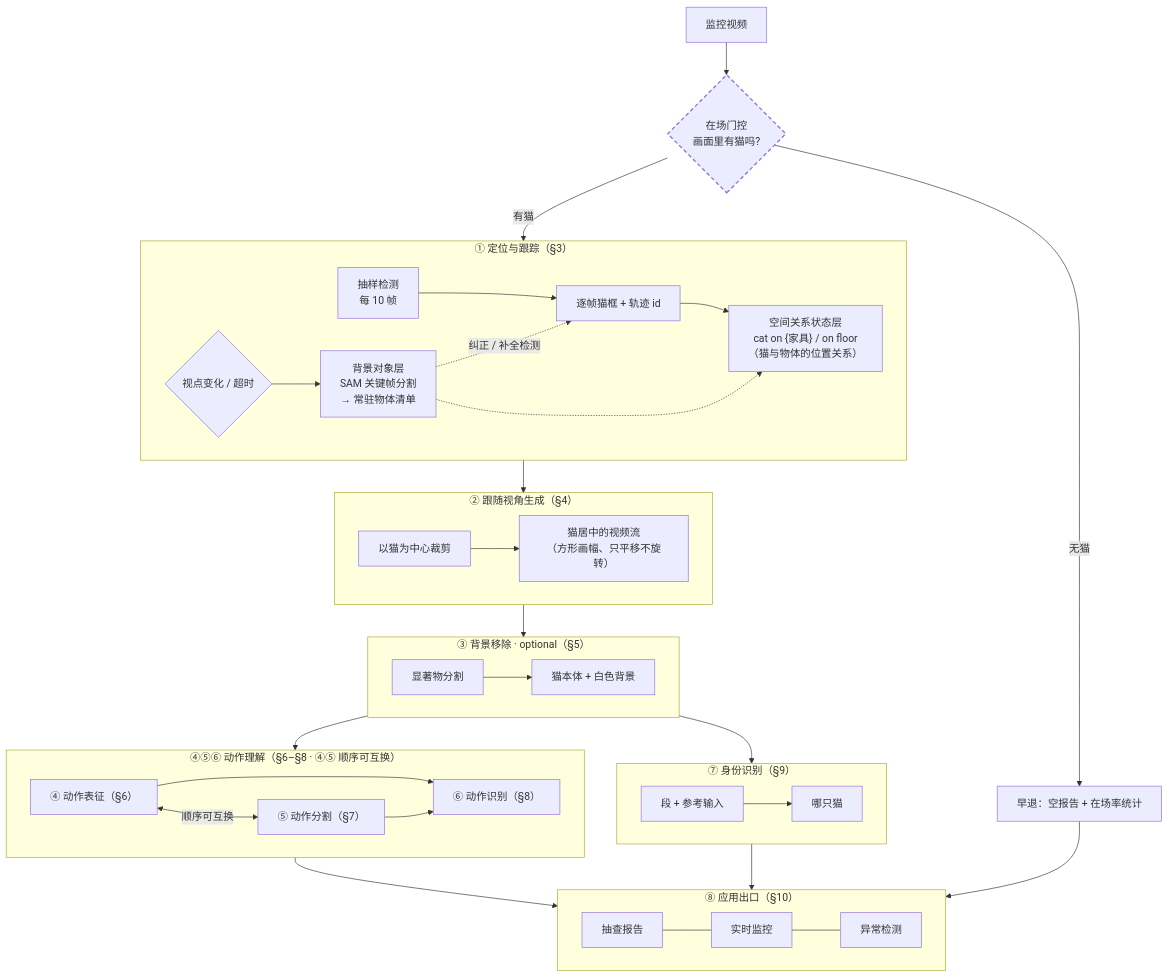
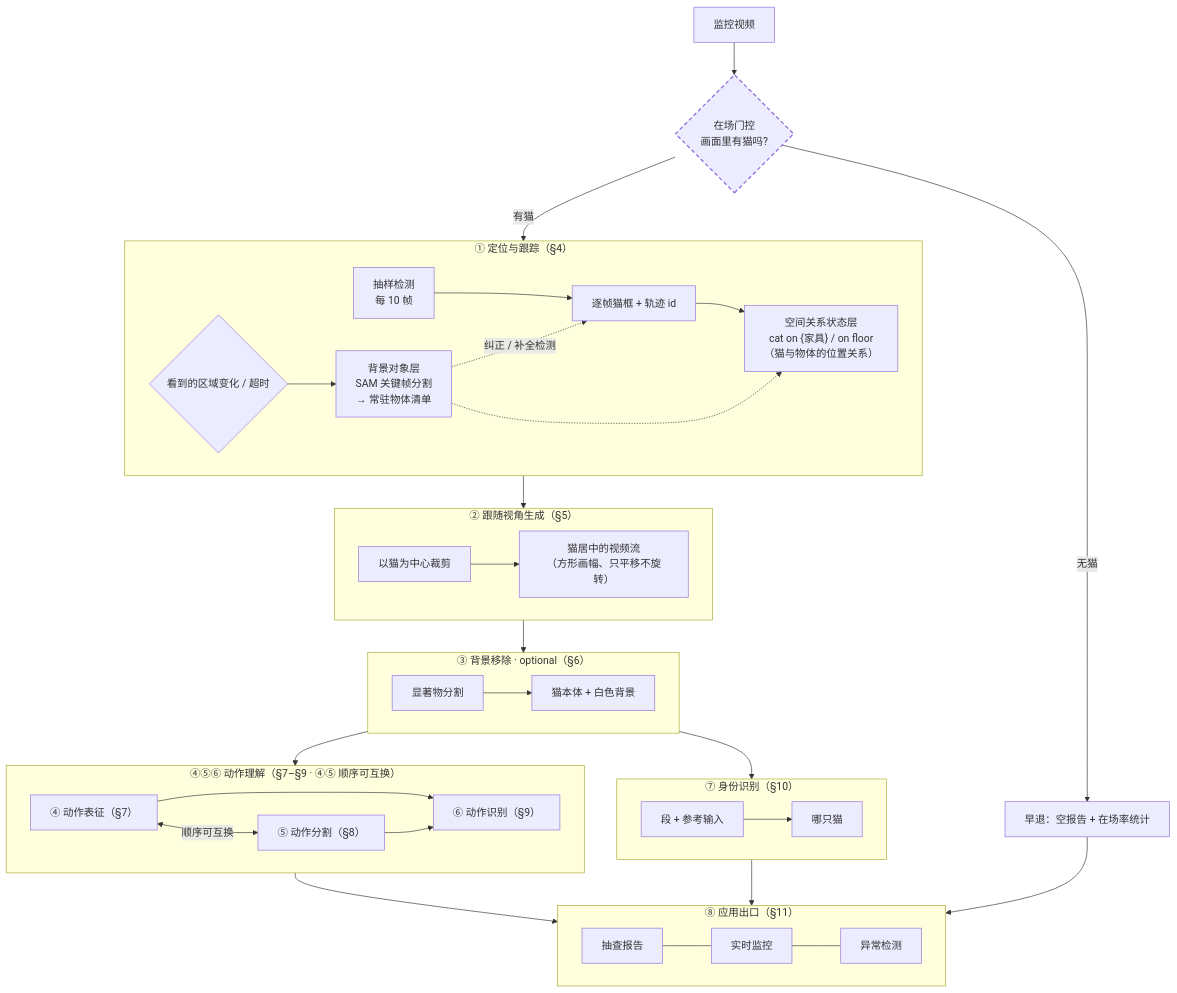
One commit to gongshangzheng/pet-action-recognition changed the first of 6 diagrams in management/docs/architecture.md. Above: the diagram before and after it, drawn with Mermaid. The commit also changed other lines of this file and 4 other files, not shown here.

Commit message:
docs(architecture): 新增 §3「系统级形态：实时性与流式」（唯一流式组件=⑤分割；两条路径：先流式分割→整段表征识别 / 先表征→λ序列找边界类比语音分段符；实时量化指标表）；原 §3–§10 顺移 §4–§11 全文重映射；§2 重组为目标与形态级（🔴：能力级别 A0-A5 目标 + 实时量化 + 相机视野）；模型级 12 条移交 8 号表（🔴3+🟡9）；背景对象层重分割降 🟡；空白时段三分法定案

````diff
--- a/management/docs/architecture.md
+++ b/management/docs/architecture.md
@@ -26,52 +26,52 @@
 ```mermaid
 flowchart TD
     V[监控视频] --> GATE{"在场门控<br/>画面里有猫吗?"}
     GATE -->|"无猫"| EMPTY["早退：空报告 + 在场率统计"]
     GATE -->|"有猫"| S1
 
-    subgraph S1["① 定位与跟踪（§3）"]
+    subgraph S1["① 定位与跟踪（§4）"]
         direction LR
         A1["抽样检测<br/>每 10 帧"] --> A2["逐帧猫框 + 轨迹 id"]
-        T1{"视点变化 / 超时"} --> A3["背景对象层<br/>SAM 关键帧分割<br/>→ 常驻物体清单"]
+        T1{"看到的区域变化 / 超时"} --> A3["背景对象层<br/>SAM 关键帧分割<br/>→ 常驻物体清单"]
         A3 -.->|"纠正 / 补全检测"| A2
         A2 --> A5["空间关系状态层<br/>cat on {家具} / on floor<br/>（猫与物体的位置关系）"]
         A3 -.-> A5
     end
 
-    subgraph S2["② 跟随视角生成（§4）"]
+    subgraph S2["② 跟随视角生成（§5）"]
         direction LR
         B1["以猫为中心裁剪"] --> B2["猫居中的视频流<br/>（方形画幅、只平移不旋转）"]
     end
 
-    subgraph S3["③ 背景移除 · optional（§5）"]
+    subgraph S3["③ 背景移除 · optional（§6）"]
         direction LR
         C1["显著物分割"] --> C2["猫本体 + 白色背景"]
     end
 
-    subgraph S46["④⑤⑥ 动作理解（§6–§8 · ④⑤ 顺序可互换）"]
+    subgraph S46["④⑤⑥ 动作理解（§7–§9 · ④⑤ 顺序可互换）"]
         direction LR
-        D1["④ 动作表征（§6）"] <-->|"顺序可互换"| D2["⑤ 动作分割（§7）"]
-        D1 --> D3["⑥ 动作识别（§8）"]
+        D1["④ 动作表征（§7）"] <-->|"顺序可互换"| D2["⑤ 动作分割（§8）"]
+        D1 --> D3["⑥ 动作识别（§9）"]
         D2 --> D3
     end
 
-    subgraph S7["⑦ 身份识别（§9）"]
+    subgraph S7["⑦ 身份识别（§10）"]
         direction LR
         E1["段 + 参考输入"] --> E2["哪只猫"]
     end
 
-    subgraph S8["⑧ 应用出口（§10）"]
+    subgraph S8["⑧ 应用出口（§11）"]
         direction LR
         F1["抽查报告"] --- F2["实时监控"] --- F3["异常检测"]
     end
 
     S1 --> S2
     S2 --> S3
     S3 --> S46
     S46 --> S8
     S3 --> S7
     S7 --> S8
     EMPTY --> S8
 
     style GATE stroke-dasharray: 6 4,stroke-width:2px
 ```
````
